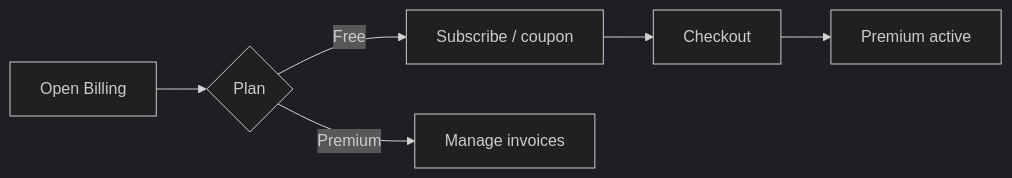
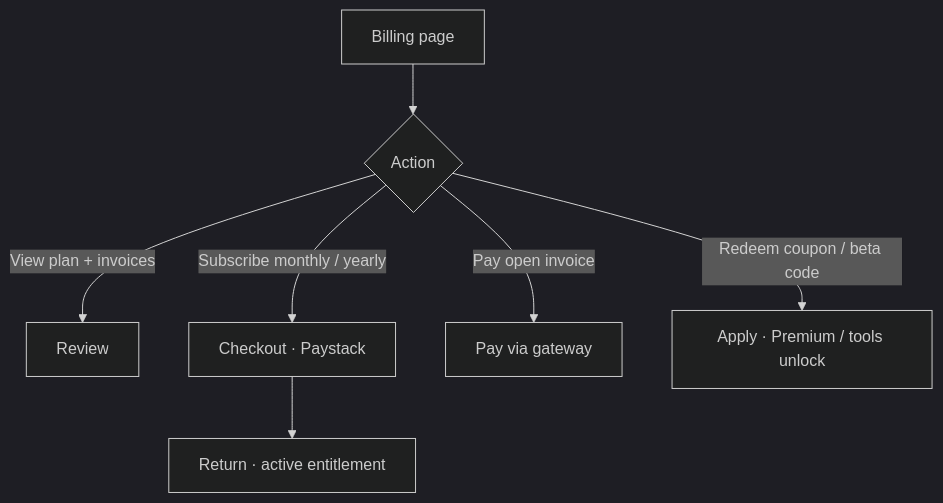
The diagram in docs/how-to/platform/11-billing-and-subscribe.md (Phantom-Fort/Phantix-Frontend), drawn with Mermaid (dark theme) before and after one commit. The commit also changed other lines of this file and 44 other files, not shown here.

````diff
--- a/docs/how-to/platform/11-billing-and-subscribe.md
+++ b/docs/how-to/platform/11-billing-and-subscribe.md
@@ -22,8 +11,9 @@
 ```mermaid
-flowchart LR
-  A[Open Billing] --> B{Plan}
-  B -->|Free| C[Subscribe / coupon]
-  C --> D[Checkout]
-  D --> E[Premium active]
-  B -->|Premium| F[Manage invoices]
+flowchart TD
+  A[Billing page] --> B{Action}
+  B -->|View plan + invoices| C[Review]
+  B -->|Subscribe monthly / yearly| D[Checkout · Paystack]
+  D --> E[Return · active entitlement]
+  B -->|Pay open invoice| F[Pay via gateway]
+  B -->|Redeem coupon / beta code| G[Apply · Premium / tools unlock]
 ```
````
